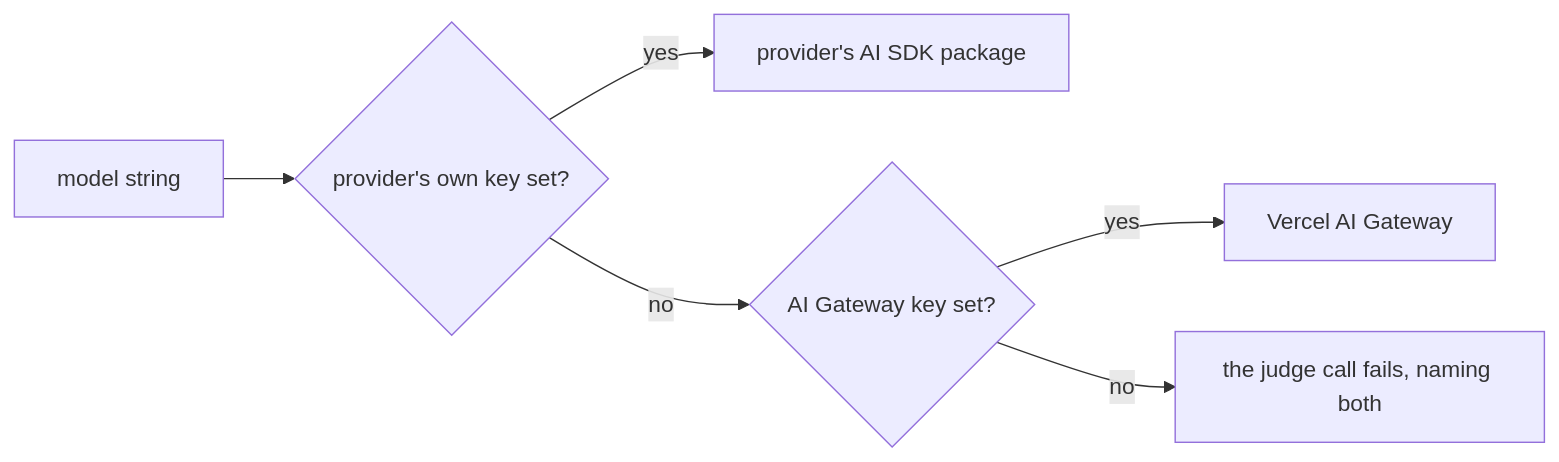
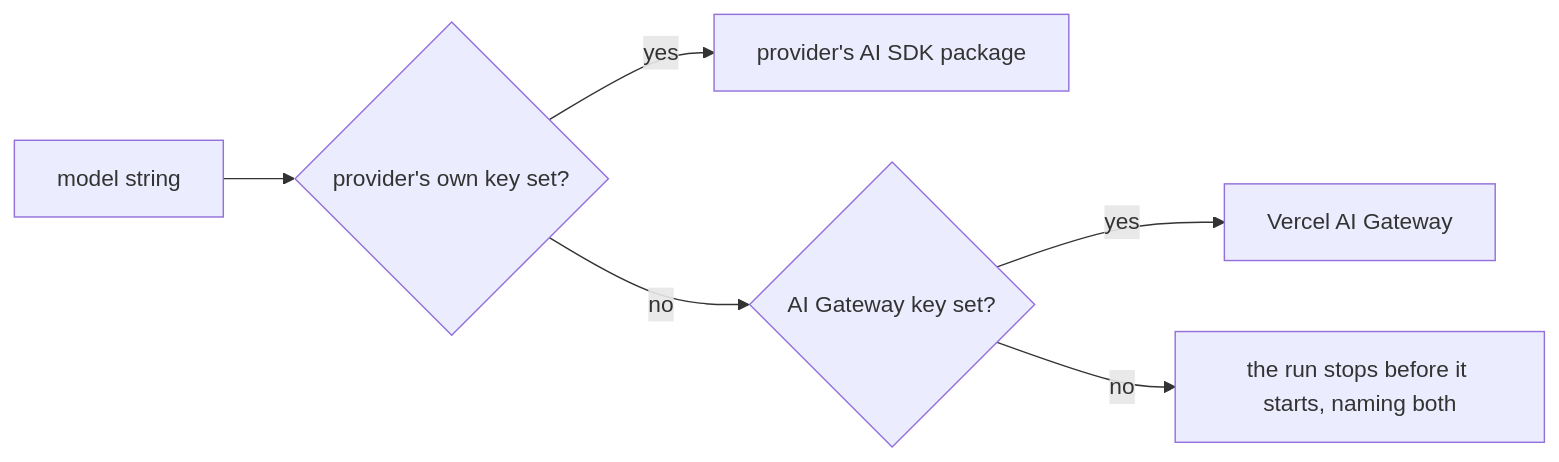
The diagram in docs/concepts/judges.mdx (invertase/reeval), drawn with Mermaid before and after one commit. The commit also changed other lines of this file and 17 other files, not shown here.

````diff
--- a/docs/concepts/judges.mdx
+++ b/docs/concepts/judges.mdx
@@ -53,8 +53,8 @@
 ```mermaid
 flowchart LR
   M["model string"] --> D{"provider's own key set?"}
   D -- yes --> P["provider's AI SDK package"]
   D -- no --> G{"AI Gateway key set?"}
   G -- yes --> W["Vercel AI Gateway"]
-  G -- no --> E["the judge call fails, naming both"]
+  G -- no --> E["the run stops before it starts, naming both"]
 ```
````
